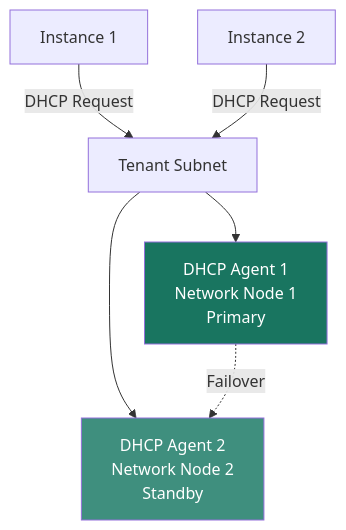
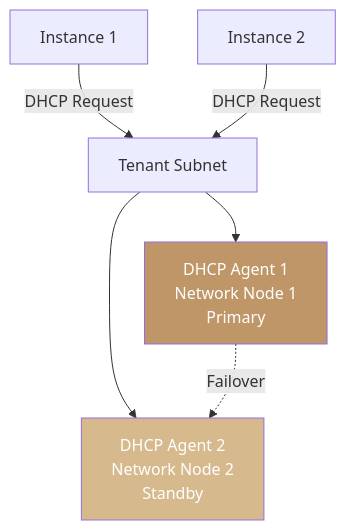
One commit to ankur-kumar87/docs-polystack changed the diagram in services/networking/dhcp.mdx. Above: the diagram before and after it, drawn with Mermaid. The commit also changed other lines of this file and 395 other files, not shown here.

````diff
--- a/services/networking/dhcp.mdx
+++ b/services/networking/dhcp.mdx
@@ -97,10 +97,10 @@
 ```mermaid
 graph TD
     SUBNET[Tenant Subnet] --> AGENT1[DHCP Agent 1<br/>Network Node 1<br/>Primary]
     SUBNET --> AGENT2[DHCP Agent 2<br/>Network Node 2<br/>Standby]
     INST1[Instance 1] -->|DHCP Request| SUBNET
     INST2[Instance 2] -->|DHCP Request| SUBNET
     AGENT1 -.->|Failover| AGENT2
-    style AGENT1 fill:#197560,color:#fff
-    style AGENT2 fill:#3F8F7E,color:#fff
+    style AGENT1 fill:#bf9667,color:#fff
+    style AGENT2 fill:#d7b98e,color:#fff
 ```
````
